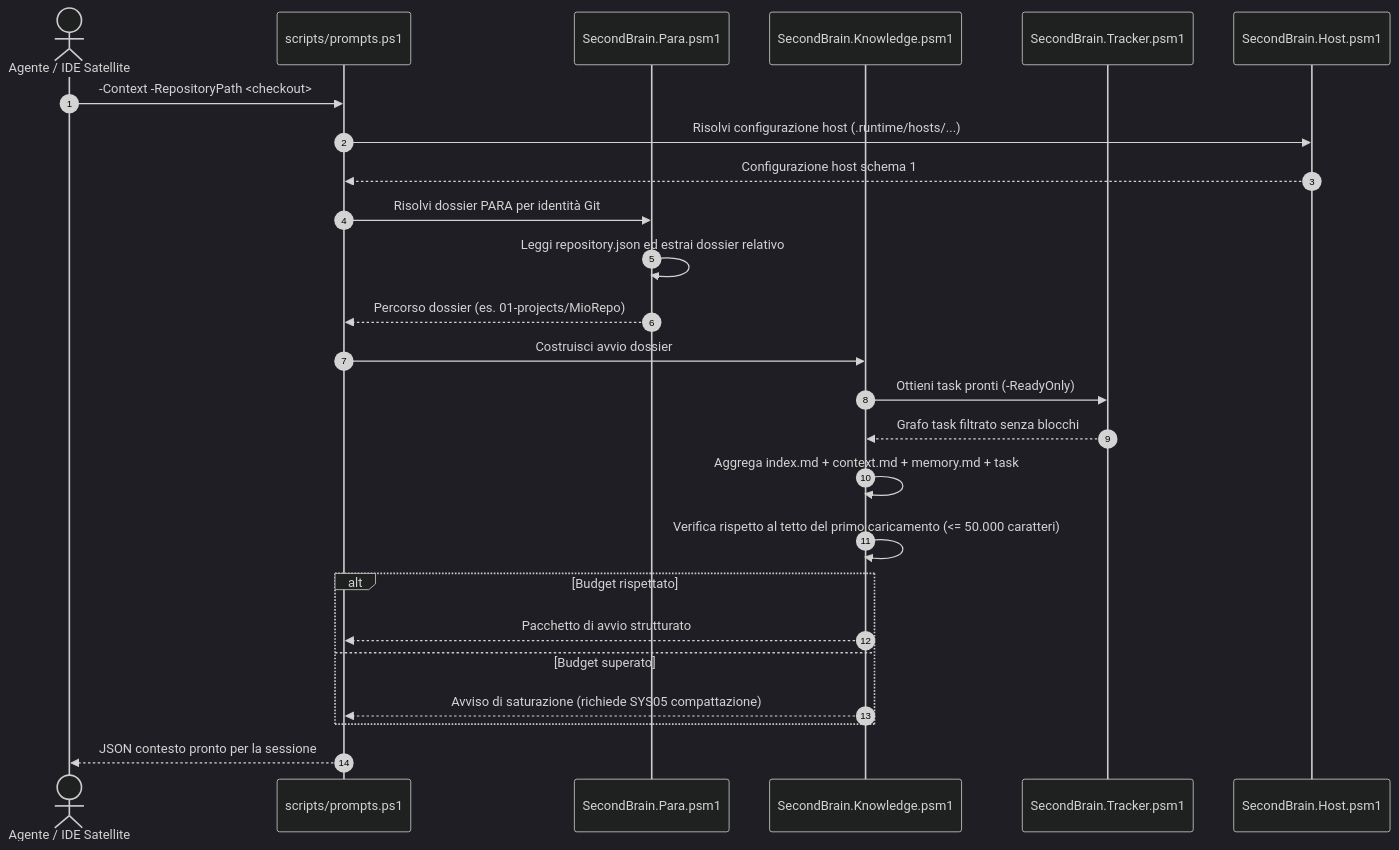
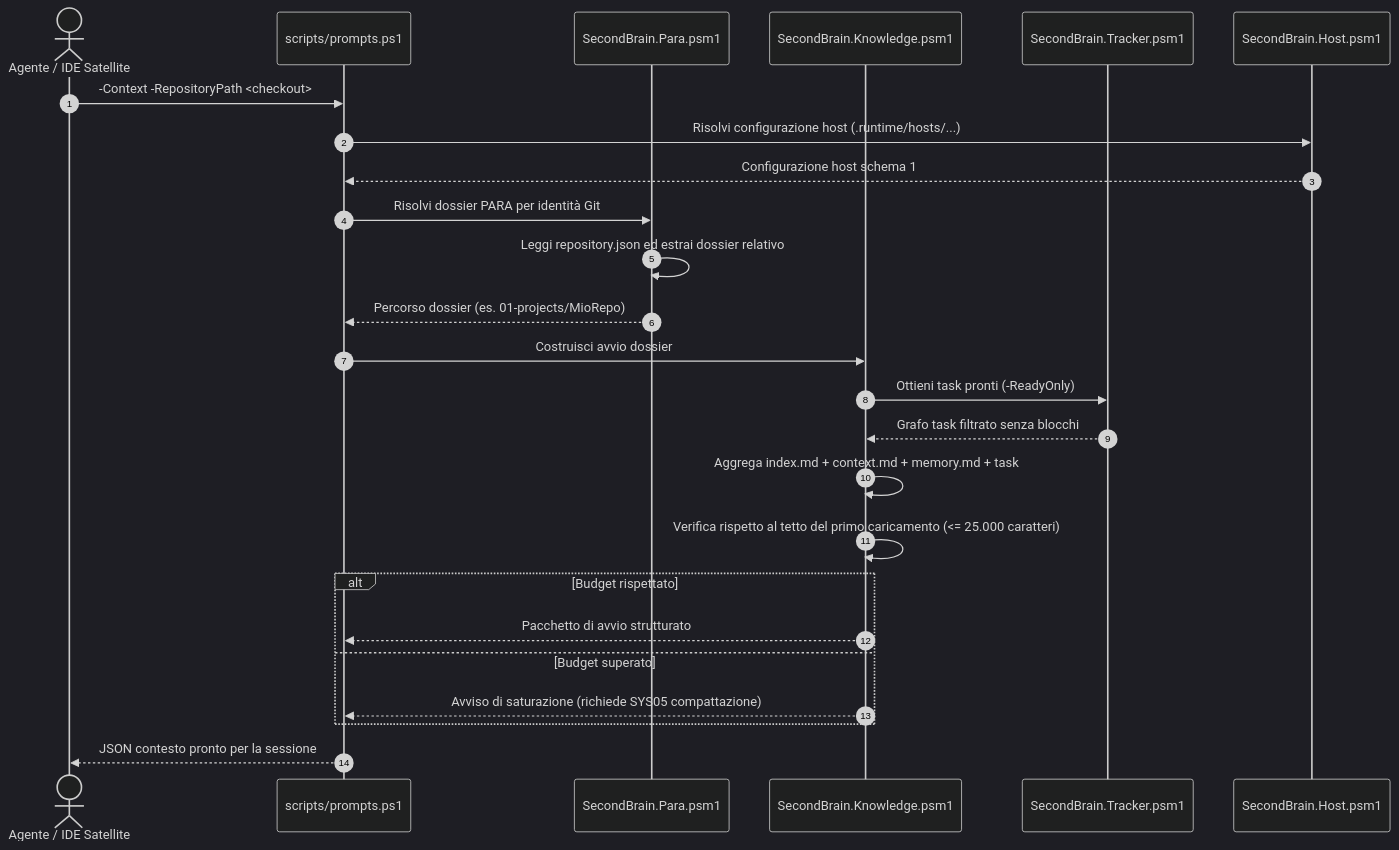
The third of 7 diagrams in docs/riferimento/architecture.it.md (dennidalpos/secondbrain), drawn with Mermaid (dark theme) before and after one commit. The commit also changed other lines of this file and 45 other files, not shown here.

````diff
--- a/docs/riferimento/architecture.it.md
+++ b/docs/riferimento/architecture.it.md
@@ -99,28 +99,28 @@
 ```mermaid
 sequenceDiagram
     autonumber
     actor Developer as Agente / IDE Satellite
     participant PromptsCLI as scripts/prompts.ps1
     participant ParaMod as SecondBrain.Para.psm1
     participant KnowledgeMod as SecondBrain.Knowledge.psm1
     participant TrackerMod as SecondBrain.Tracker.psm1
     participant HostMod as SecondBrain.Host.psm1
 
     Developer->>PromptsCLI: -Context -RepositoryPath <checkout>
     PromptsCLI->>HostMod: Risolvi configurazione host (.runtime/hosts/...)
     HostMod-->>PromptsCLI: Configurazione host schema 1
     PromptsCLI->>ParaMod: Risolvi dossier PARA per identità Git
     ParaMod->>ParaMod: Leggi repository.json ed estrai dossier relativo
     ParaMod-->>PromptsCLI: Percorso dossier (es. 01-projects/MioRepo)
     PromptsCLI->>KnowledgeMod: Costruisci avvio dossier
     KnowledgeMod->>TrackerMod: Ottieni task pronti (-ReadyOnly)
     TrackerMod-->>KnowledgeMod: Grafo task filtrato senza blocchi
     KnowledgeMod->>KnowledgeMod: Aggrega index.md + context.md + memory.md + task
-    KnowledgeMod->>KnowledgeMod: Verifica rispetto al tetto del primo caricamento (<= 50.000 caratteri)
+    KnowledgeMod->>KnowledgeMod: Verifica rispetto al tetto del primo caricamento (<= 25.000 caratteri)
     alt Budget rispettato
         KnowledgeMod-->>PromptsCLI: Pacchetto di avvio strutturato
     else Budget superato
         KnowledgeMod-->>PromptsCLI: Avviso di saturazione (richiede SYS05 compattazione)
     end
     PromptsCLI-->>Developer: JSON contesto pronto per la sessione
 ```
````
